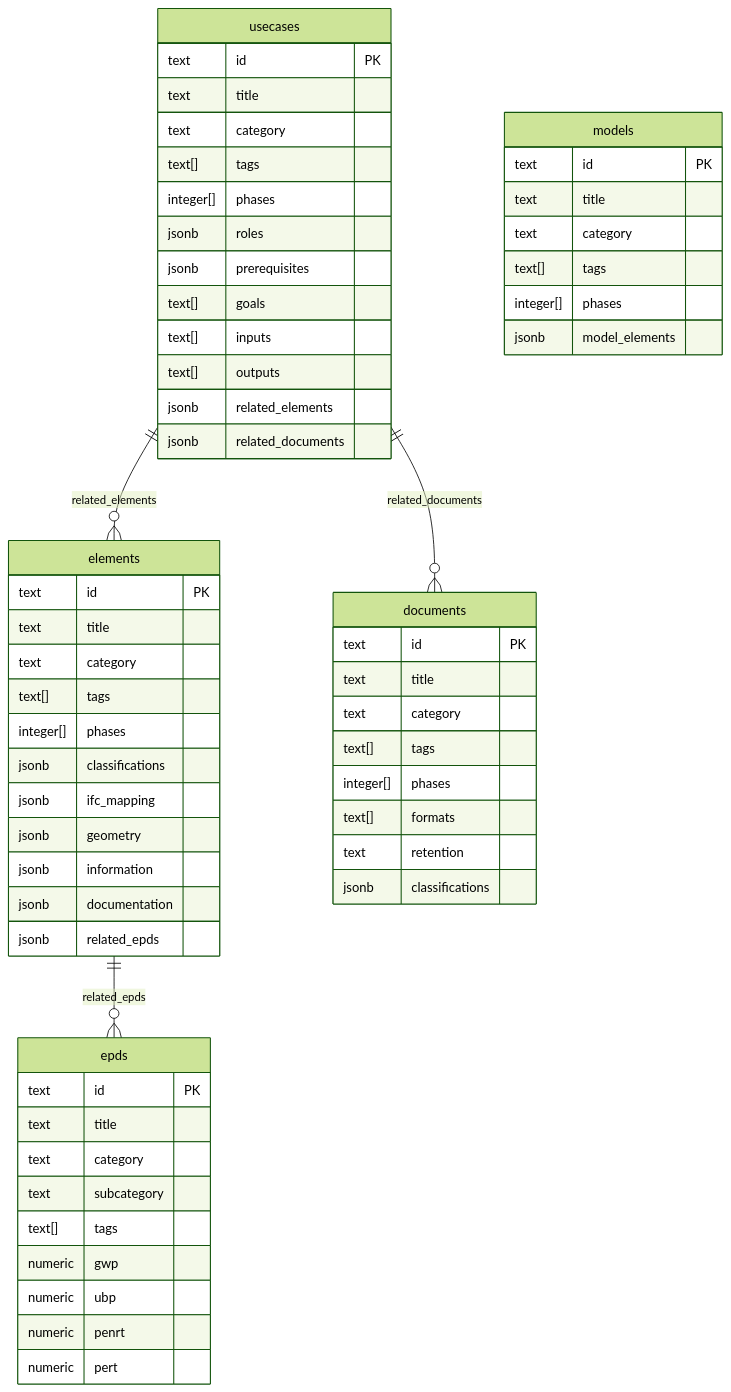
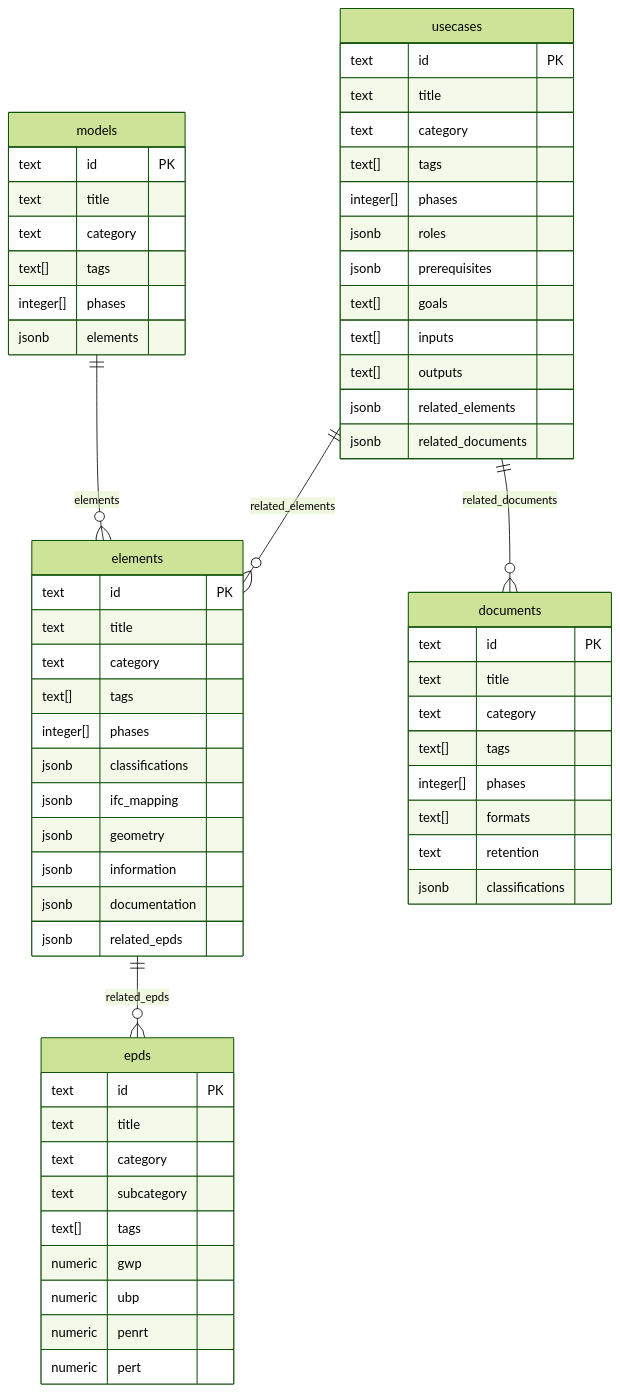
Before and after one commit to bbl-dres/kbob-fdk: the diagram in documentation/DATAMODEL.md, drawn with Mermaid (forest theme). The commit also changed other lines of this file, not shown here.

Commit message:
Fix JSONB relationships in DATAMODEL.md to match README.md
- Add missing models.elements relationship to Relationships table
- Add models->elements relationship to ER diagram
- Fix field name in models entity: model_elements → elements (to match SQL schema)

````diff
--- a/documentation/DATAMODEL.md
+++ b/documentation/DATAMODEL.md
@@ -36,67 +37,68 @@
 ```mermaid
 erDiagram
     usecases ||--o{ elements : "related_elements"
     usecases ||--o{ documents : "related_documents"
     elements ||--o{ epds : "related_epds"
+    models ||--o{ elements : "elements"
 
     elements {
         text id PK
         text title
         text category
         text[] tags
         integer[] phases
         jsonb classifications
         jsonb ifc_mapping
         jsonb geometry
         jsonb information
         jsonb documentation
         jsonb related_epds
     }
 
     documents {
         text id PK
         text title
         text category
         text[] tags
         integer[] phases
         text[] formats
         text retention
         jsonb classifications
     }
 
     usecases {
         text id PK
         text title
         text category
         text[] tags
         integer[] phases
         jsonb roles
         jsonb prerequisites
         text[] goals
         text[] inputs
         text[] outputs
         jsonb related_elements
         jsonb related_documents
     }
 
     models {
         text id PK
         text title
         text category
         text[] tags
         integer[] phases
-        jsonb model_elements
+        jsonb elements
     }
 
     epds {
         text id PK
         text title
         text category
         text subcategory
         text[] tags
         numeric gwp
         numeric ubp
         numeric penrt
         numeric pert
     }
 ```
````
